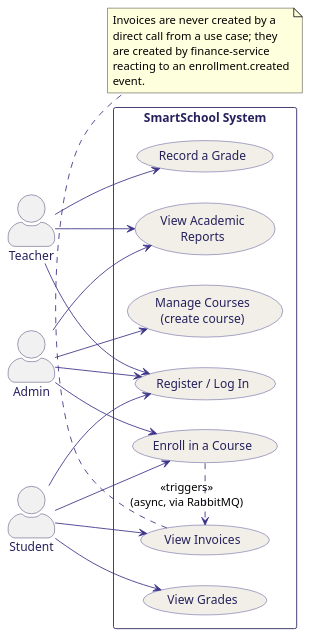
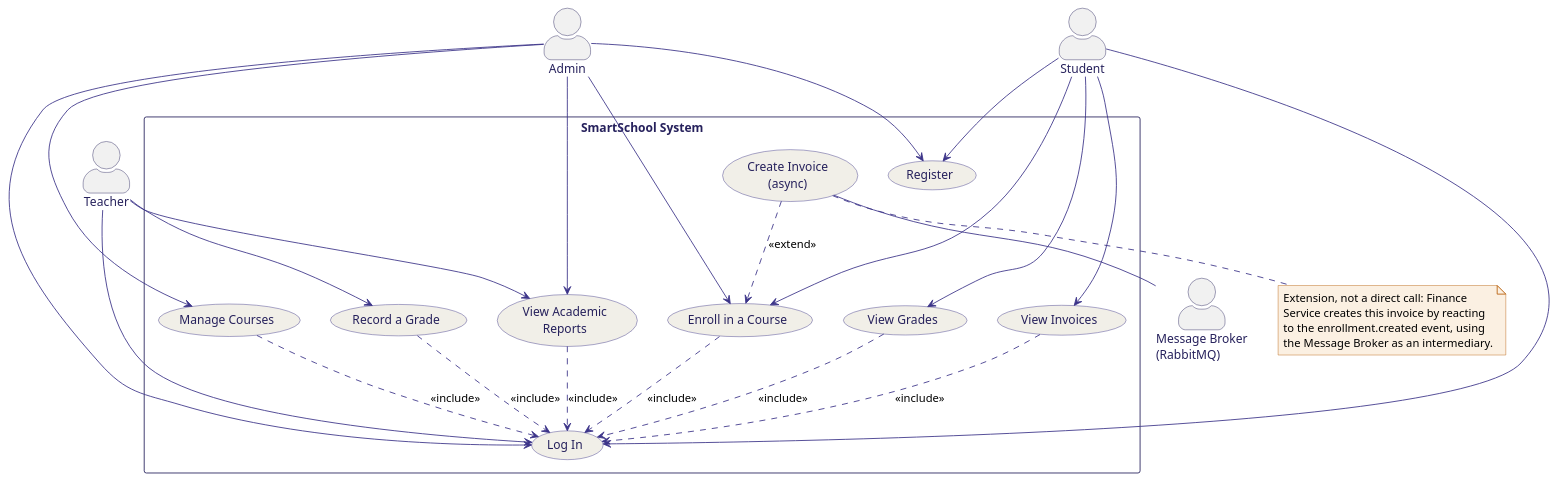
One commit to Suraku237/MarketFlow changed the diagram in documentation/figures/smartschool/01_usecase.puml. Above: the diagram before and after it, drawn with PlantUML. The commit also changed 18 other files, not shown here.

Commit message:
fixing the diagrams and arranging the documentation -----------

```diff
--- a/documentation/figures/smartschool/01_usecase.puml
+++ b/documentation/figures/smartschool/01_usecase.puml
@@ -1,60 +1,83 @@
 @startuml 01_usecase
-left to right direction
 skinparam backgroundColor white
 skinparam shadowing false
 skinparam defaultFontName Helvetica
 skinparam actorStyle awesome
 skinparam usecase {
   BackgroundColor #F1EFE8
   BorderColor #3C3489
   ArrowColor #3C3489
   FontColor #26215C
 }
 skinparam actor {
   BorderColor #26215C
   FontColor #26215C
 }
 skinparam rectangle {
   BorderColor #26215C
   FontColor #26215C
   FontStyle bold
 }
+skinparam note {
+  BackgroundColor #FBF0E2
+  BorderColor #B75E09
+}
 
+' ---------- Primary (human) actors -- left ----------
 actor Admin
 actor Teacher
 actor Student
 
 rectangle "SmartSchool System" {
-  usecase "Register / Log In" as UC1
-  usecase "Manage Courses\n(create course)" as UC2
-  usecase "Enroll in a Course" as UC3
-  usecase "Record a Grade" as UC4
-  usecase "View Grades" as UC5
-  usecase "View Invoices" as UC6
-  usecase "View Academic\nReports" as UC7
+  usecase "Register"                 as UC_REG
+  usecase "Log In"                   as UC_LOGIN
+  usecase "Manage Courses"           as UC_COURSE
+  usecase "Enroll in a Course"       as UC_ENROLL
+  usecase "Record a Grade"           as UC_GRADE
+  usecase "View Grades"              as UC_VIEWGRADE
+  usecase "View Academic\nReports"   as UC_REPORT
+  usecase "View Invoices"            as UC_INVOICE
+  usecase "Create Invoice\n(async)"  as UC_CREATEINV
 }
 
-Admin --> UC1
-Admin --> UC2
-Admin --> UC3
-Admin --> UC7
+' ---------- Secondary (system) actor -- right ----------
+actor "Message Broker\n(RabbitMQ)" as Broker
 
-Teacher --> UC1
-Teacher --> UC4
-Teacher --> UC7
+' ---------- Primary actor associations ----------
+Admin --> UC_REG
+Admin --> UC_LOGIN
+Admin --> UC_COURSE
+Admin --> UC_ENROLL
+Admin --> UC_REPORT
 
-Student --> UC1
-Student --> UC3
-Student --> UC5
-Student --> UC6
+Teacher --> UC_LOGIN
+Teacher --> UC_REPORT
+Teacher --> UC_GRADE
 
-UC3 .> UC6 : <<triggers>>\n(async, via RabbitMQ)
+Student --> UC_REG
+Student --> UC_LOGIN
+Student --> UC_ENROLL
+Student --> UC_VIEWGRADE
+Student --> UC_INVOICE
 
-note bottom of UC6
-  Invoices are never created by a
-  direct call from a use case; they
-  are created by finance-service
-  reacting to an enrollment.created
-  event.
+' ---------- Secondary actor association ----------
+UC_CREATEINV -- Broker
+
+' ---------- <<include>>: base use case ..> included use case ----------
+UC_COURSE  ..> UC_LOGIN : <<include>>
+UC_ENROLL  ..> UC_LOGIN : <<include>>
+UC_GRADE   ..> UC_LOGIN : <<include>>
+UC_REPORT  ..> UC_LOGIN : <<include>>
+UC_VIEWGRADE ..> UC_LOGIN : <<include>>
+UC_INVOICE ..> UC_LOGIN : <<include>>
+
+' ---------- <<extend>>: extending use case ..> base use case ----------
+UC_CREATEINV ..> UC_ENROLL : <<extend>>
+
+note bottom of UC_CREATEINV
+  Extension, not a direct call: Finance
+  Service creates this invoice by reacting
+  to the enrollment.created event, using
+  the Message Broker as an intermediary.
 end note
 @enduml
```
